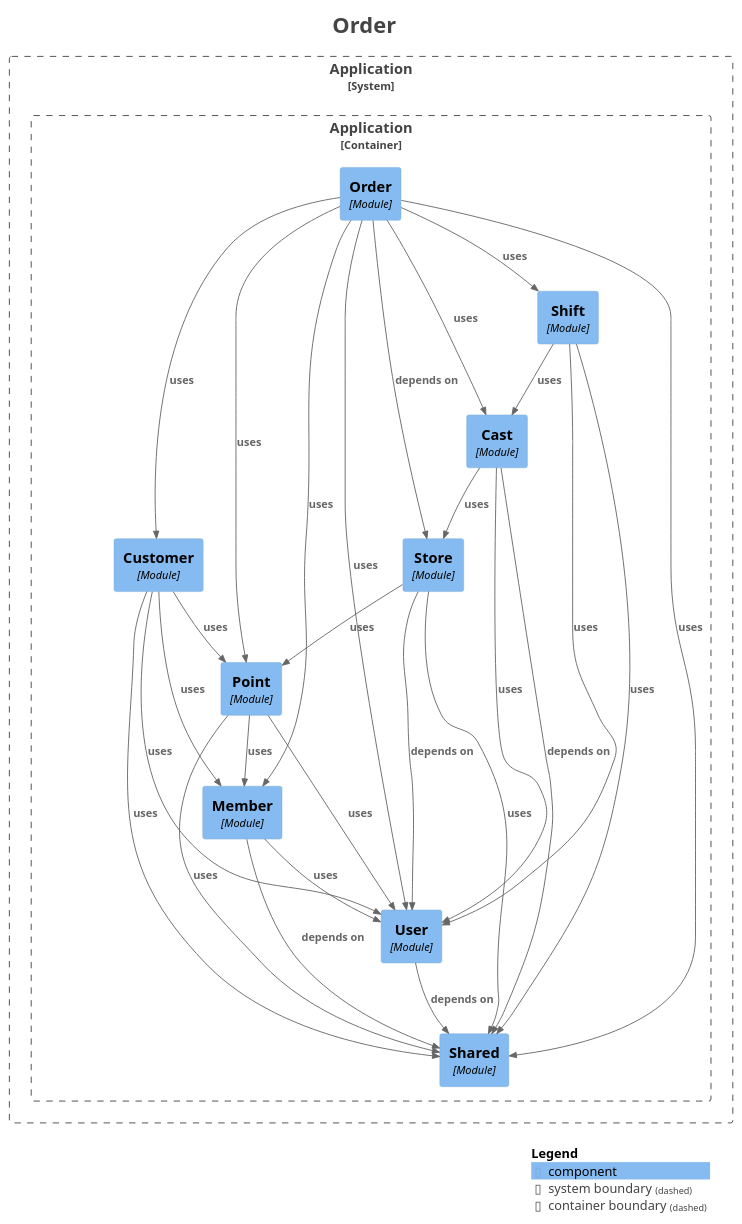
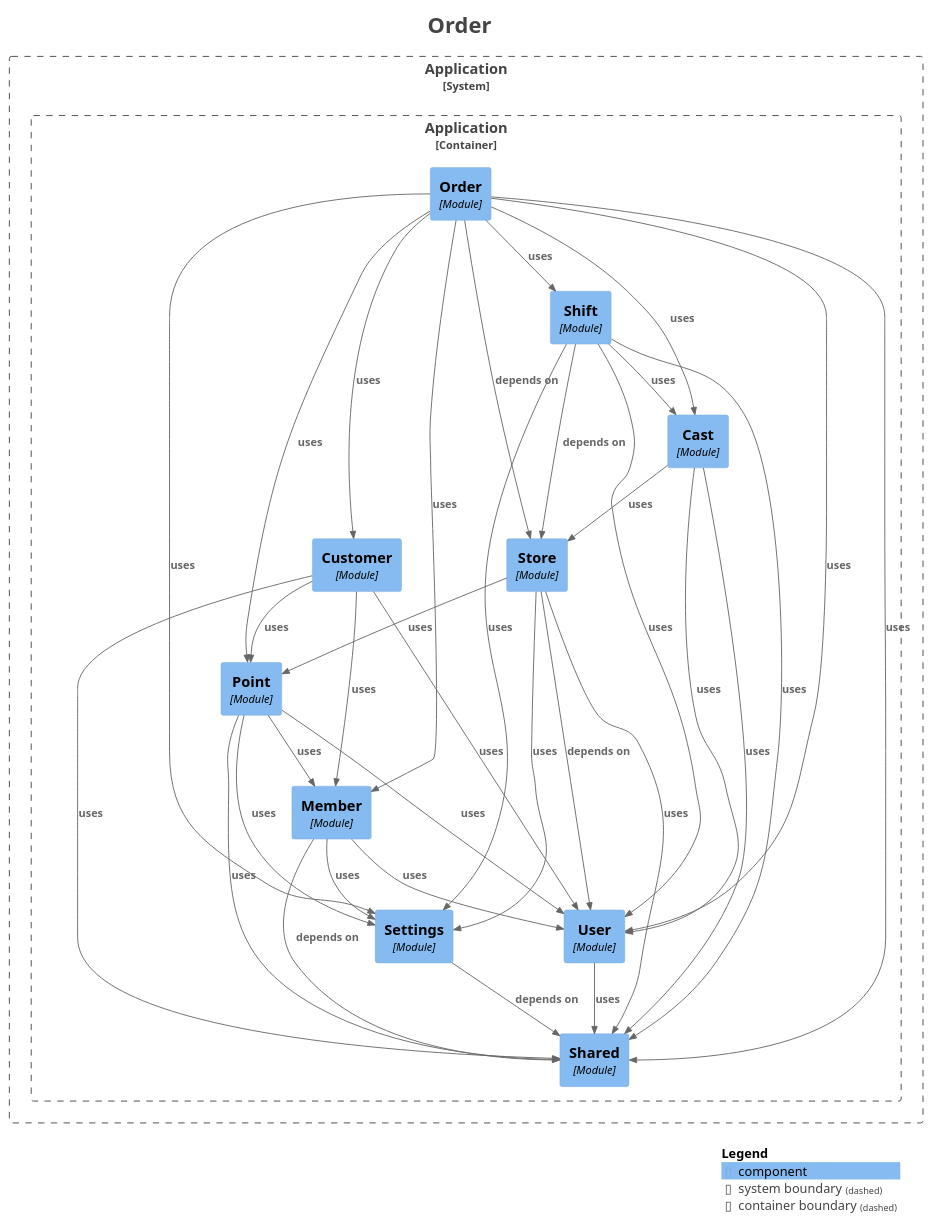
Before and after one commit to kanghouchao/Kizuna: the diagram in backend/docs/modulith/module-order.puml, drawn with PlantUML. The commit also changed 81 other files, not shown here.

```diff
--- a/backend/docs/modulith/module-order.puml
+++ b/backend/docs/modulith/module-order.puml
@@ -1,63 +1,71 @@
 @startuml
 title <size:24>Order</size>
 
 set separator none
 top to bottom direction
 
 <style>
   root {
     BackgroundColor: #ffffff
     FontColor: #444444
   }
 </style>
 
 !include <C4/C4>
 !include <C4/C4_Context>
 !include <C4/C4_Component>
 
 System_Boundary("Application_boundary", "Application", $tags="") {
   Container_Boundary("Application.Application_boundary", "Application", $tags="") {
     Component(Application.Application.Point, "Point", $techn="Module", $descr="", $tags="", $link="")
     Component(Application.Application.Customer, "Customer", $techn="Module", $descr="", $tags="", $link="")
     Component(Application.Application.Store, "Store", $techn="Module", $descr="", $tags="", $link="")
     Component(Application.Application.Cast, "Cast", $techn="Module", $descr="", $tags="", $link="")
     Component(Application.Application.Shift, "Shift", $techn="Module", $descr="", $tags="", $link="")
     Component(Application.Application.Order, "Order", $techn="Module", $descr="", $tags="", $link="")
     Component(Application.Application.Shared, "Shared", $techn="Module", $descr="", $tags="", $link="")
+    Component(Application.Application.Settings, "Settings", $techn="Module", $descr="", $tags="", $link="")
     Component(Application.Application.User, "User", $techn="Module", $descr="", $tags="", $link="")
     Component(Application.Application.Member, "Member", $techn="Module", $descr="", $tags="", $link="")
   }
 
 }
 
+Rel(Application.Application.Member, Application.Application.Shared, "depends on", $techn="", $tags="", $link="")
+Rel(Application.Application.Member, Application.Application.Settings, "uses", $techn="", $tags="", $link="")
+Rel(Application.Application.Member, Application.Application.User, "uses", $techn="", $tags="", $link="")
+Rel(Application.Application.Customer, Application.Application.Member, "uses", $techn="", $tags="", $link="")
+Rel(Application.Application.Customer, Application.Application.User, "uses", $techn="", $tags="", $link="")
+Rel(Application.Application.Customer, Application.Application.Shared, "uses", $techn="", $tags="", $link="")
+Rel(Application.Application.Customer, Application.Application.Point, "uses", $techn="", $tags="", $link="")
+Rel(Application.Application.Settings, Application.Application.Shared, "depends on", $techn="", $tags="", $link="")
+Rel(Application.Application.Order, Application.Application.Store, "depends on", $techn="", $tags="", $link="")
+Rel(Application.Application.Order, Application.Application.Shared, "uses", $techn="", $tags="", $link="")
+Rel(Application.Application.Order, Application.Application.User, "uses", $techn="", $tags="", $link="")
+Rel(Application.Application.Order, Application.Application.Member, "uses", $techn="", $tags="", $link="")
+Rel(Application.Application.Order, Application.Application.Settings, "uses", $techn="", $tags="", $link="")
+Rel(Application.Application.Order, Application.Application.Point, "uses", $techn="", $tags="", $link="")
+Rel(Application.Application.Order, Application.Application.Cast, "uses", $techn="", $tags="", $link="")
+Rel(Application.Application.Order, Application.Application.Shift, "uses", $techn="", $tags="", $link="")
+Rel(Application.Application.Order, Application.Application.Customer, "uses", $techn="", $tags="", $link="")
 Rel(Application.Application.Store, Application.Application.User, "depends on", $techn="", $tags="", $link="")
 Rel(Application.Application.Store, Application.Application.Point, "uses", $techn="", $tags="", $link="")
+Rel(Application.Application.Store, Application.Application.Settings, "uses", $techn="", $tags="", $link="")
 Rel(Application.Application.Store, Application.Application.Shared, "uses", $techn="", $tags="", $link="")
-Rel(Application.Application.User, Application.Application.Shared, "depends on", $techn="", $tags="", $link="")
+Rel(Application.Application.Shift, Application.Application.Store, "depends on", $techn="", $tags="", $link="")
+Rel(Application.Application.Shift, Application.Application.Settings, "uses", $techn="", $tags="", $link="")
+Rel(Application.Application.Shift, Application.Application.Cast, "uses", $techn="", $tags="", $link="")
 Rel(Application.Application.Shift, Application.Application.User, "uses", $techn="", $tags="", $link="")
-Rel(Application.Application.Shift, Application.Application.Cast, "uses", $techn="", $tags="", $link="")
 Rel(Application.Application.Shift, Application.Application.Shared, "uses", $techn="", $tags="", $link="")
-Rel(Application.Application.Cast, Application.Application.Shared, "depends on", $techn="", $tags="", $link="")
 Rel(Application.Application.Cast, Application.Application.User, "uses", $techn="", $tags="", $link="")
 Rel(Application.Application.Cast, Application.Application.Store, "uses", $techn="", $tags="", $link="")
-Rel(Application.Application.Order, Application.Application.Store, "depends on", $techn="", $tags="", $link="")
-Rel(Application.Application.Order, Application.Application.Customer, "uses", $techn="", $tags="", $link="")
-Rel(Application.Application.Order, Application.Application.User, "uses", $techn="", $tags="", $link="")
-Rel(Application.Application.Order, Application.Application.Member, "uses", $techn="", $tags="", $link="")
-Rel(Application.Application.Order, Application.Application.Shift, "uses", $techn="", $tags="", $link="")
-Rel(Application.Application.Order, Application.Application.Shared, "uses", $techn="", $tags="", $link="")
-Rel(Application.Application.Order, Application.Application.Cast, "uses", $techn="", $tags="", $link="")
-Rel(Application.Application.Order, Application.Application.Point, "uses", $techn="", $tags="", $link="")
-Rel(Application.Application.Member, Application.Application.Shared, "depends on", $techn="", $tags="", $link="")
-Rel(Application.Application.Member, Application.Application.User, "uses", $techn="", $tags="", $link="")
+Rel(Application.Application.Cast, Application.Application.Shared, "uses", $techn="", $tags="", $link="")
+Rel(Application.Application.User, Application.Application.Shared, "uses", $techn="", $tags="", $link="")
 Rel(Application.Application.Point, Application.Application.User, "uses", $techn="", $tags="", $link="")
 Rel(Application.Application.Point, Application.Application.Member, "uses", $techn="", $tags="", $link="")
 Rel(Application.Application.Point, Application.Application.Shared, "uses", $techn="", $tags="", $link="")
-Rel(Application.Application.Customer, Application.Application.Member, "uses", $techn="", $tags="", $link="")
-Rel(Application.Application.Customer, Application.Application.User, "uses", $techn="", $tags="", $link="")
-Rel(Application.Application.Customer, Application.Application.Point, "uses", $techn="", $tags="", $link="")
-Rel(Application.Application.Customer, Application.Application.Shared, "uses", $techn="", $tags="", $link="")
+Rel(Application.Application.Point, Application.Application.Settings, "uses", $techn="", $tags="", $link="")
 
 SHOW_LEGEND(true)
 hide stereotypes
 @enduml
```
